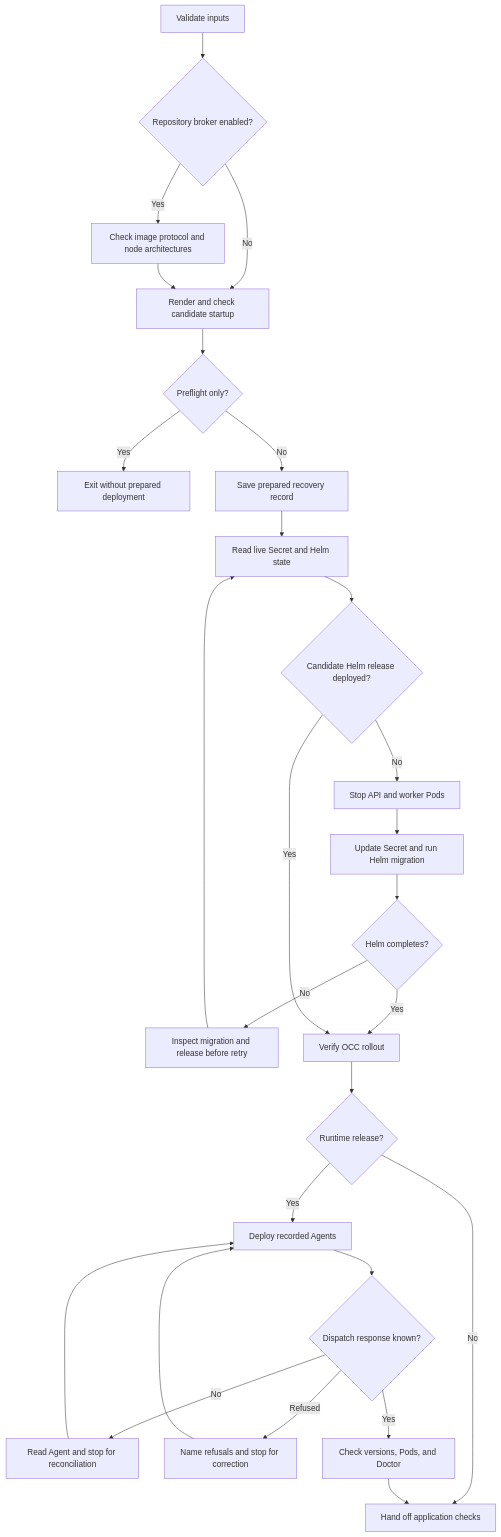
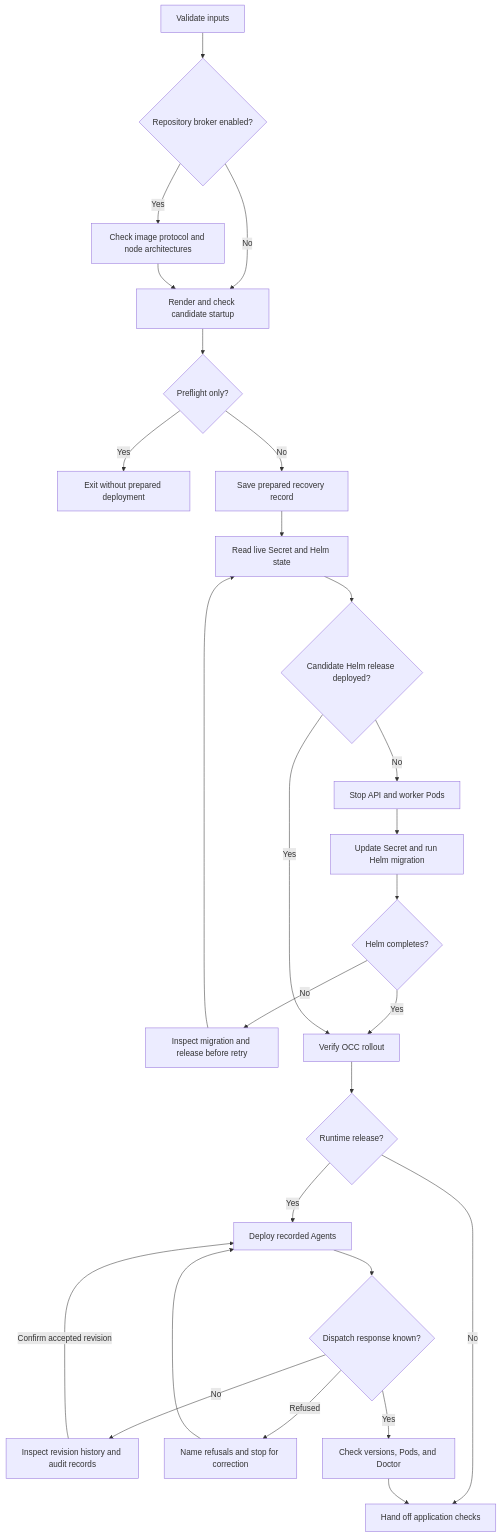
Before and after one commit to openclaw/openclaw-enterprise: the diagram in docs/flows/coordinated-production-upgrade.md, drawn with Mermaid. The commit also changed other lines of this file and 7 other files, not shown here.

````diff
--- a/docs/flows/coordinated-production-upgrade.md
+++ b/docs/flows/coordinated-production-upgrade.md
@@ -29,29 +29,29 @@
 ```mermaid
 graph TD
     A["Validate inputs"] --> Q{"Repository broker enabled?"}
     Q -->|Yes| P["Check image protocol and node architectures"]
     Q -->|No| B["Render and check candidate startup"]
     P --> B
     B --> R{"Preflight only?"}
     R -->|Yes| S["Exit without prepared deployment"]
     R -->|No| T["Save prepared recovery record"]
     T --> C["Read live Secret and Helm state"]
     C --> D{"Candidate Helm release deployed?"}
     D -->|No| E["Stop API and worker Pods"]
     E --> F["Update Secret and run Helm migration"]
     F --> G{"Helm completes?"}
     G -->|No| H["Inspect migration and release before retry"]
     H --> C
     G -->|Yes| I["Verify OCC rollout"]
     D -->|Yes| I
     I --> J{"Runtime release?"}
     J -->|No| K["Hand off application checks"]
     J -->|Yes| L["Deploy recorded Agents"]
     L --> M{"Dispatch response known?"}
-    M -->|No| N["Read Agent and stop for reconciliation"]
-    N --> L
+    M -->|No| N["Inspect revision history and audit records"]
+    N -->|"Confirm accepted revision"| L
     M -->|Refused| U["Name refusals and stop for correction"]
     U --> L
     M -->|Yes| O["Check versions, Pods, and Doctor"]
     O --> K
 ```
````
